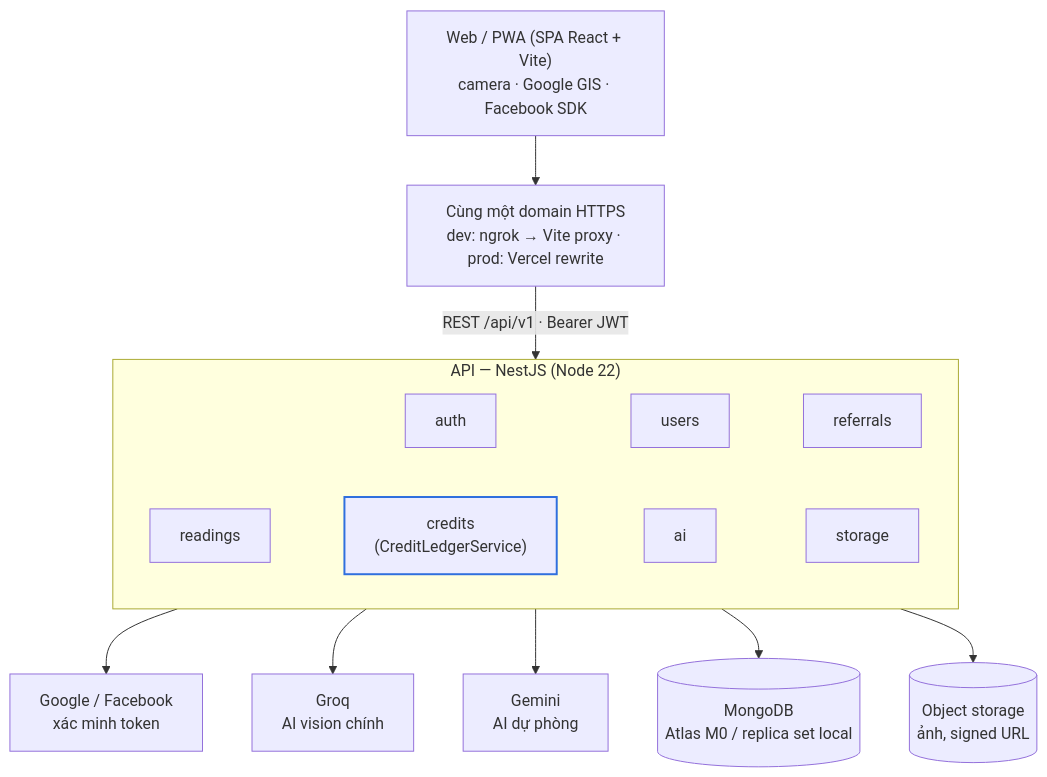
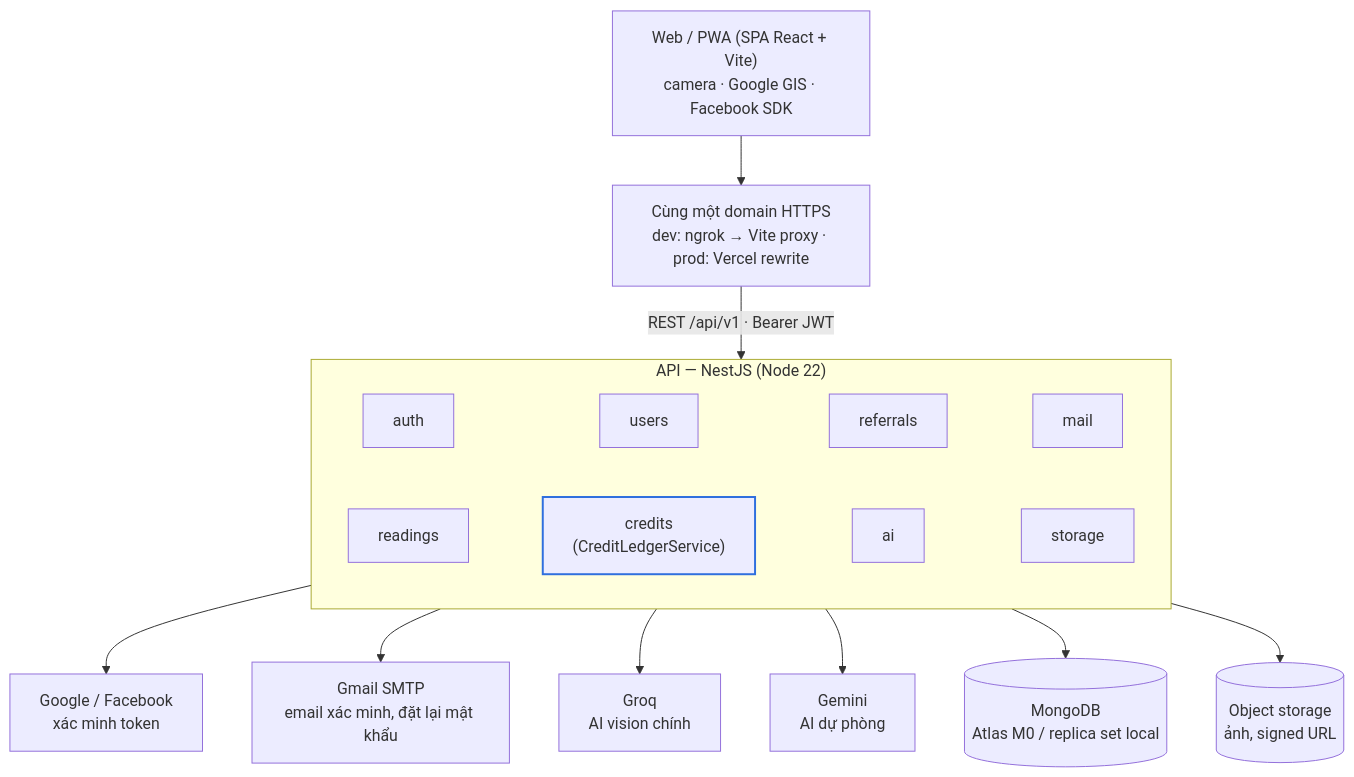
One commit to DucDMinh/PalmSight changed the diagram in docs/README.md. Above: the diagram before and after it, drawn with Mermaid. The commit also changed other lines of this file and 20 other files, not shown here.

First line of the commit message:
feat: Implement email/password registration and login flow, with Google/Facebook as secondary options

````diff
--- a/docs/README.md
+++ b/docs/README.md
@@ -44,25 +44,27 @@
 ```mermaid
 flowchart TB
     client["Web / PWA (SPA React + Vite)<br/>camera · Google GIS · Facebook SDK"]
     ngrok["Cùng một domain HTTPS<br/>dev: ngrok → Vite proxy · prod: Vercel rewrite"]
     subgraph api["API — NestJS (Node 22)"]
         direction LR
-        auth[auth] ~~~ users[users] ~~~ referrals[referrals]
+        auth[auth] ~~~ users[users] ~~~ referrals[referrals] ~~~ mail[mail]
         readings[readings] ~~~ credits["credits<br/>(CreditLedgerService)"] ~~~ ai[ai] ~~~ storage[storage]
     end
     oauth["Google / Facebook<br/>xác minh token"]
+    smtp["Gmail SMTP<br/>email xác minh, đặt lại mật khẩu"]
     groq["Groq<br/>AI vision chính"]
     gemini["Gemini<br/>AI dự phòng"]
     mongo[("MongoDB<br/>Atlas M0 / replica set local")]
     r2[("Object storage<br/>ảnh, signed URL")]
 
     client --> ngrok -->|"REST /api/v1 · Bearer JWT"| api
     api --> oauth
+    api --> smtp
     api --> groq
     api --> gemini
     api --> mongo
     api --> r2
 
     classDef accent stroke:#2f6fde,stroke-width:2px
     class credits accent
 ```
````
